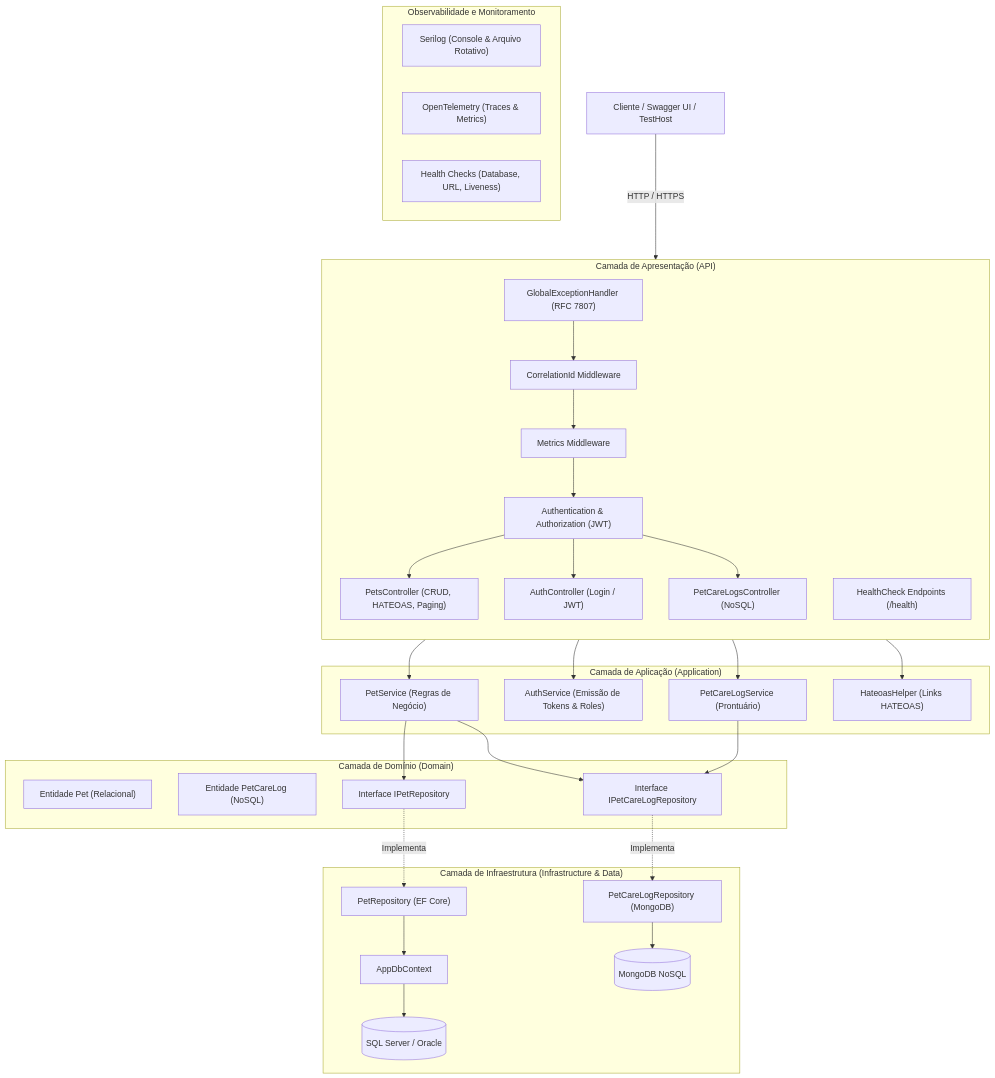
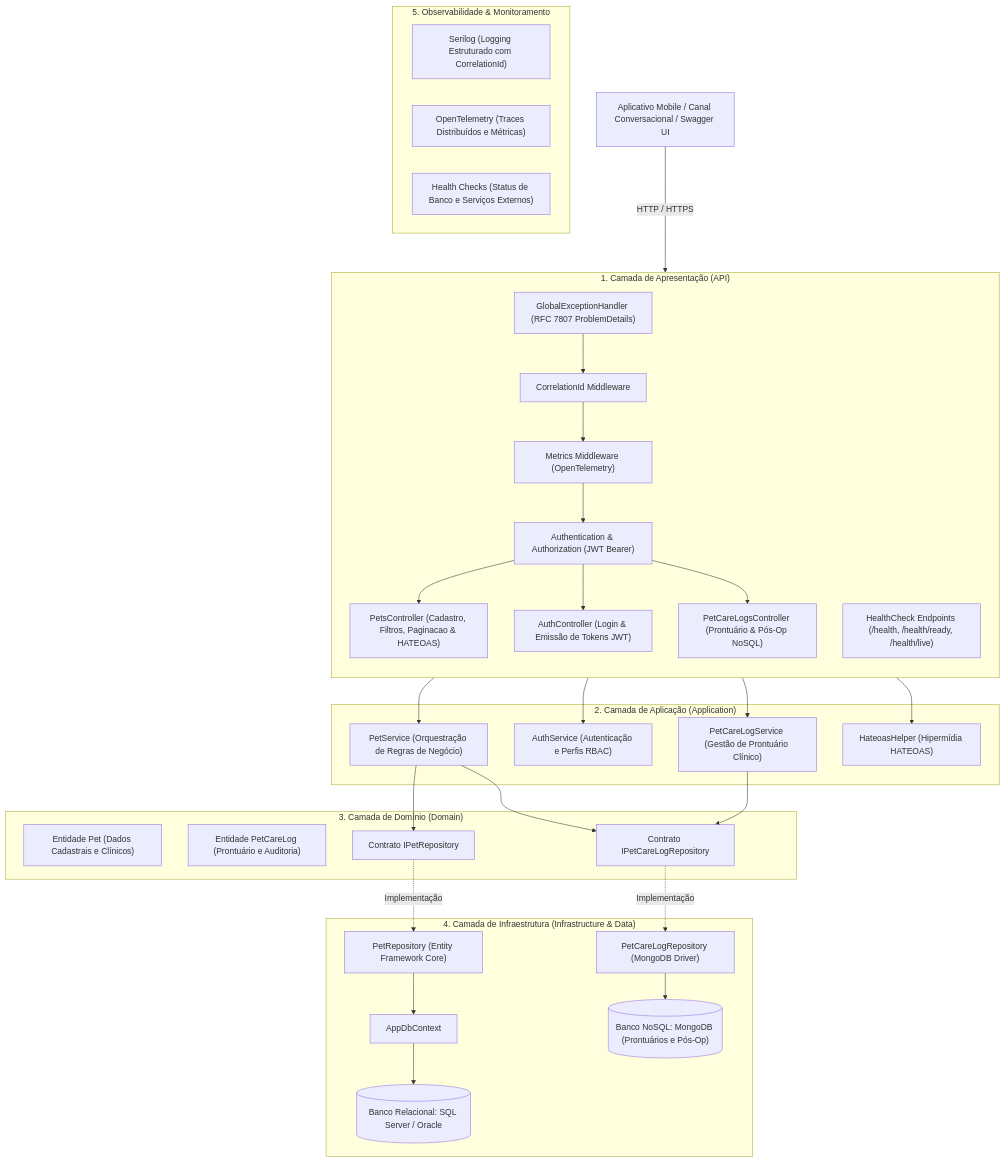
The diagram in README.md (GabSolano/PetHealth), drawn with Mermaid before and after one commit. The commit also changed other lines of this file and 1 other file, not shown here.

Commit message:
docs: reestrutura README e Swagger com foco integral no produto PetHealth e pilares preventivo e terapeutico

````diff
--- a/README.md
+++ b/README.md
@@ -24,64 +40,64 @@
 ```mermaid
 flowchart TD
-    Client["Cliente / Swagger UI / TestHost"] -->|HTTP / HTTPS| Presentation
+    Client["Aplicativo Mobile / Canal Conversacional / Swagger UI"] -->|HTTP / HTTPS| Presentation
 
-    subgraph Presentation["Camada de Apresentação (API)"]
+    subgraph Presentation["1. Camada de Apresentação (API)"]
         direction TB
-        M_Exception["GlobalExceptionHandler (RFC 7807)"]
+        M_Exception["GlobalExceptionHandler (RFC 7807 ProblemDetails)"]
         M_Correlation["CorrelationId Middleware"]
-        M_Metrics["Metrics Middleware"]
-        Auth_Middleware["Authentication & Authorization (JWT)"]
+        M_Metrics["Metrics Middleware (OpenTelemetry)"]
+        Auth_Middleware["Authentication & Authorization (JWT Bearer)"]
         
-        PetsCtrl["PetsController (CRUD, HATEOAS, Paging)"]
-        AuthCtrl["AuthController (Login / JWT)"]
-        CareCtrl["PetCareLogsController (NoSQL)"]
-        HealthCtrl["HealthCheck Endpoints (/health)"]
+        PetsCtrl["PetsController (Cadastro, Filtros, Paginacao & HATEOAS)"]
+        AuthCtrl["AuthController (Login & Emissão de Tokens JWT)"]
+        CareCtrl["PetCareLogsController (Prontuário & Pós-Op NoSQL)"]
+        HealthCtrl["HealthCheck Endpoints (/health, /health/ready, /health/live)"]
     end
 
     M_Exception --> M_Correlation --> M_Metrics --> Auth_Middleware
     Auth_Middleware --> PetsCtrl
     Auth_Middleware --> AuthCtrl
     Auth_Middleware --> CareCtrl
 
-    subgraph Application["Camada de Aplicação (Application)"]
-        PetService["PetService (Regras de Negócio)"]
-        AuthService["AuthService (Emissão de Tokens & Roles)"]
-        CareService["PetCareLogService (Prontuário)"]
-        HateoasHelper["HateoasHelper (Links HATEOAS)"]
+    subgraph Application["2. Camada de Aplicação (Application)"]
+        PetService["PetService (Orquestração de Regras de Negócio)"]
+        AuthService["AuthService (Autenticação e Perfis RBAC)"]
+        CareService["PetCareLogService (Gestão de Prontuário Clínico)"]
+        HateoasHelper["HateoasHelper (Hipermídia HATEOAS)"]
     end
 
     PetsCtrl --> PetService
     PetsCtrl --> HateoasHelper
     AuthCtrl --> AuthService
     CareCtrl --> CareService
 
-    subgraph Domain["Camada de Domínio (Domain)"]
-        PetEntity["Entidade Pet (Relacional)"]
-        CareLogEntity["Entidade PetCareLog (NoSQL)"]
-        IPetRepo["Interface IPetRepository"]
-        ICareRepo["Interface IPetCareLogRepository"]
+    subgraph Domain["3. Camada de Domínio (Domain)"]
+        PetEntity["Entidade Pet (Dados Cadastrais e Clínicos)"]
+        CareLogEntity["Entidade PetCareLog (Prontuário e Auditoria)"]
+        IPetRepo["Contrato IPetRepository"]
+        ICareRepo["Contrato IPetCareLogRepository"]
     end
 
     PetService --> IPetRepo
     PetService --> ICareRepo
     CareService --> ICareRepo
 
-    subgraph Infrastructure["Camada de Infraestrutura (Infrastructure & Data)"]
-        PetRepoImpl["PetRepository (EF Core)"]
-        CareRepoImpl["PetCareLogRepository (MongoDB)"]
+    subgraph Infrastructure["4. Camada de Infraestrutura (Infrastructure & Data)"]
+        PetRepoImpl["PetRepository (Entity Framework Core)"]
+        CareRepoImpl["PetCareLogRepository (MongoDB Driver)"]
         AppDb["AppDbContext"]
-        SqlServer[("SQL Server / Oracle")]
-        MongoDb[("MongoDB NoSQL")]
+        RelationalDb[("Banco Relacional: SQL Server / Oracle")]
+        NoSqlDb[("Banco NoSQL: MongoDB (Prontuários e Pós-Op)")]
     end
 
-    IPetRepo -.->|Implementa| PetRepoImpl
-    ICareRepo -.->|Implementa| CareRepoImpl
-    PetRepoImpl --> AppDb --> SqlServer
-    CareRepoImpl --> MongoDb
+    IPetRepo -.->|Implementação| PetRepoImpl
+    ICareRepo -.->|Implementação| CareRepoImpl
+    PetRepoImpl --> AppDb --> RelationalDb
+    CareRepoImpl --> NoSqlDb
 
-    subgraph Observability["Observabilidade e Monitoramento"]
-        SerilogLog["Serilog (Console & Arquivo Rotativo)"]
-        OTel["OpenTelemetry (Traces & Metrics)"]
-        HealthChecks["Health Checks (Database, URL, Liveness)"]
+    subgraph Observability["5. Observabilidade & Monitoramento"]
+        SerilogLog["Serilog (Logging Estruturado com CorrelationId)"]
+        OTel["OpenTelemetry (Traces Distribuídos e Métricas)"]
+        HC["Health Checks (Status de Banco e Serviços Externos)"]
     end
 ```
````
